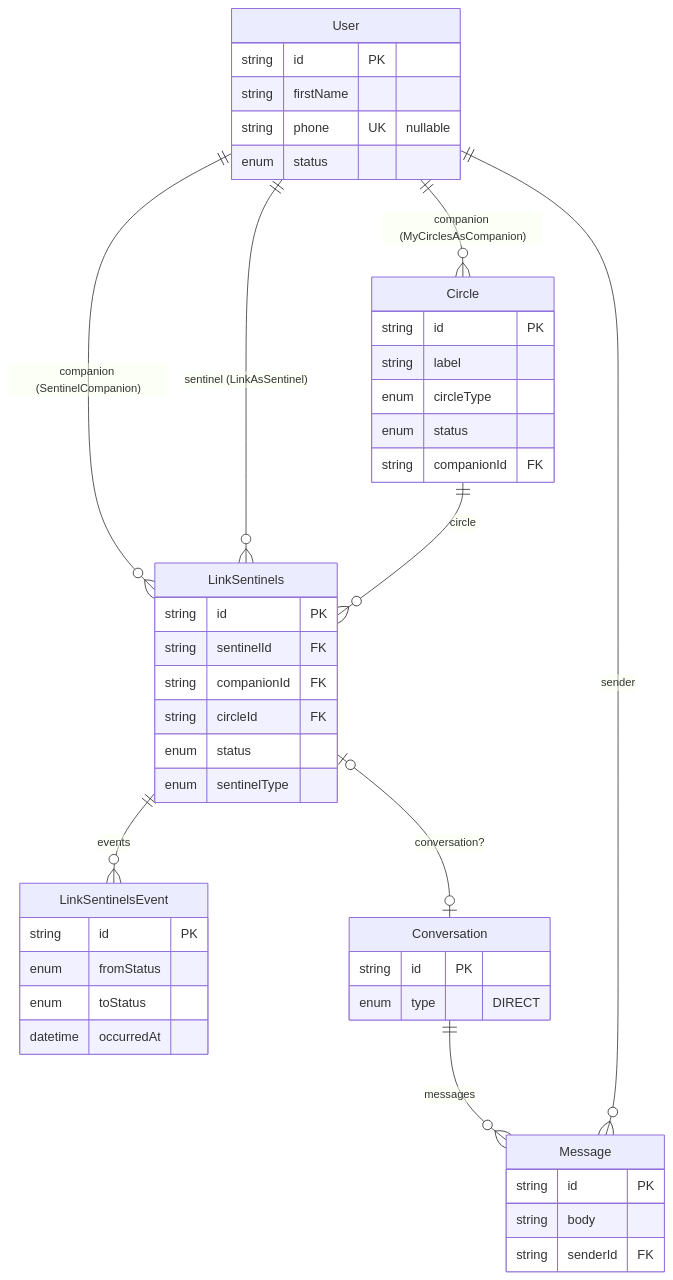
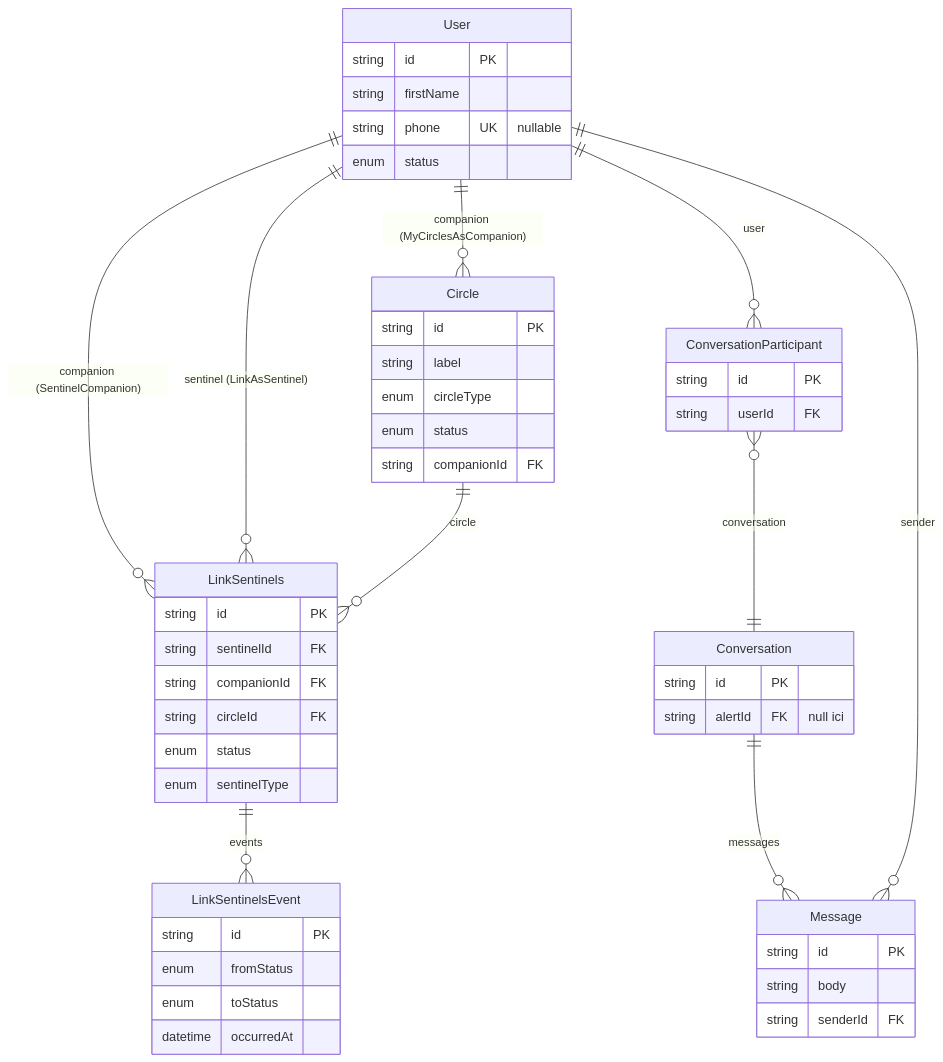
The fourth of 5 diagrams in backend/prisma/DB_schéma.md (Sylvfo/MySentinelCircle), drawn with Mermaid before and after one commit. The commit also changed other lines of this file and 2 other files, not shown here.

````diff
--- a/backend/prisma/DB_schéma.md
+++ b/backend/prisma/DB_schéma.md
@@ -252,48 +230,53 @@
 ```mermaid
 erDiagram
   User          ||--o{ Circle              : "companion (MyCirclesAsCompanion)"
   User          ||--o{ LinkSentinels       : "companion (SentinelCompanion)"
   User          ||--o{ LinkSentinels       : "sentinel (LinkAsSentinel)"
   Circle        ||--o{ LinkSentinels       : "circle"
   LinkSentinels ||--o{ LinkSentinelsEvent  : "events"
-  LinkSentinels |o--o| Conversation        : "conversation?"
+  User          ||--o{ ConversationParticipant : "user"
+  ConversationParticipant }o--|| Conversation  : "conversation"
   Conversation  ||--o{ Message             : "messages"
   User          ||--o{ Message             : "sender"
 
   User {
     string id PK
     string firstName
     string phone UK "nullable"
     enum   status
   }
   Circle {
     string id PK
     string label
     enum   circleType
     enum   status
     string companionId FK
   }
   LinkSentinels {
     string id PK
     string sentinelId FK
     string companionId FK
     string circleId FK
     enum   status
     enum   sentinelType
   }
   LinkSentinelsEvent {
     string id PK
     enum   fromStatus
     enum   toStatus
     datetime occurredAt
   }
+  ConversationParticipant {
+    string id PK
+    string userId FK
+  }
   Conversation {
     string id PK
-    enum   type "DIRECT"
+    string alertId FK "null ici"
   }
   Message {
     string id PK
     string body
     string senderId FK
   }
 ```
````
